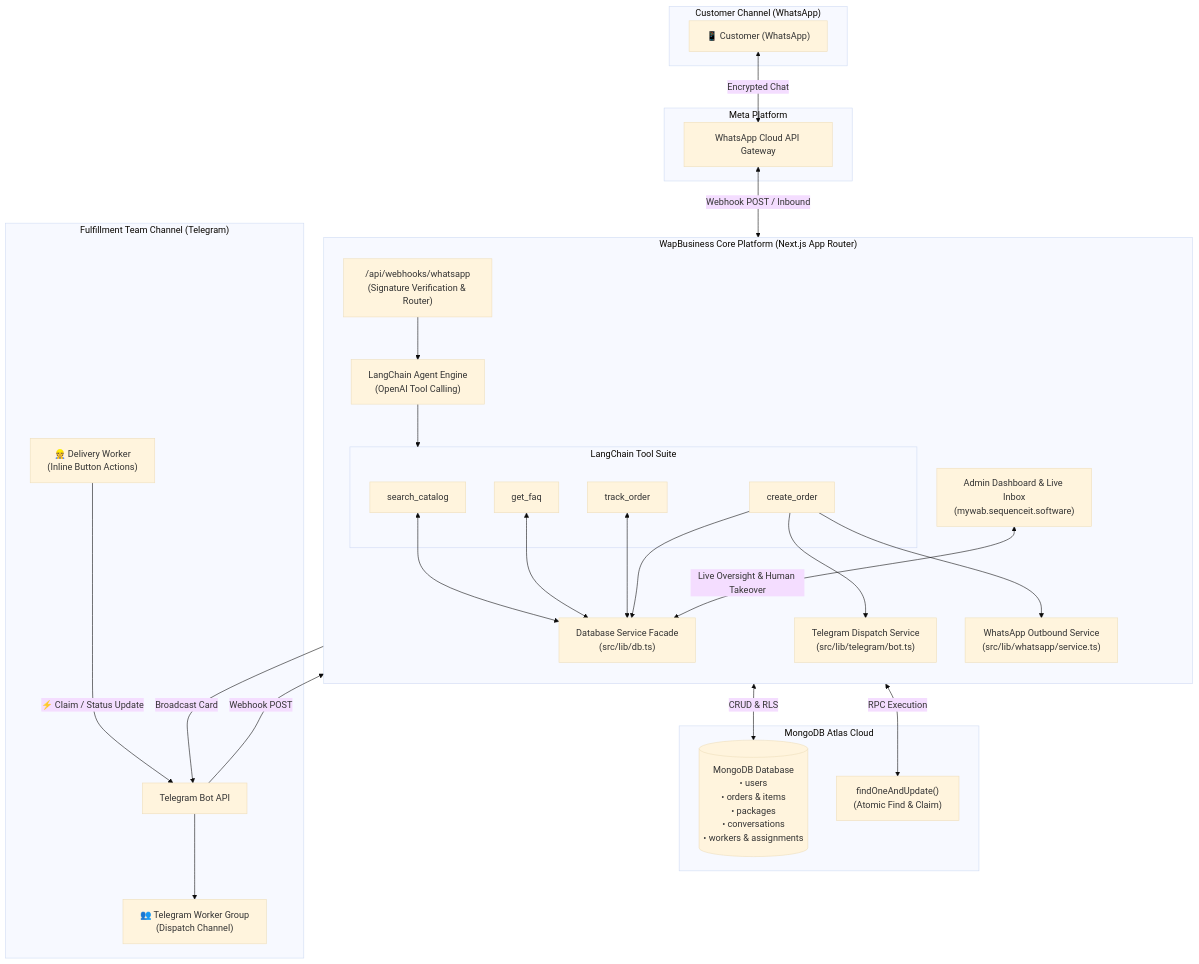
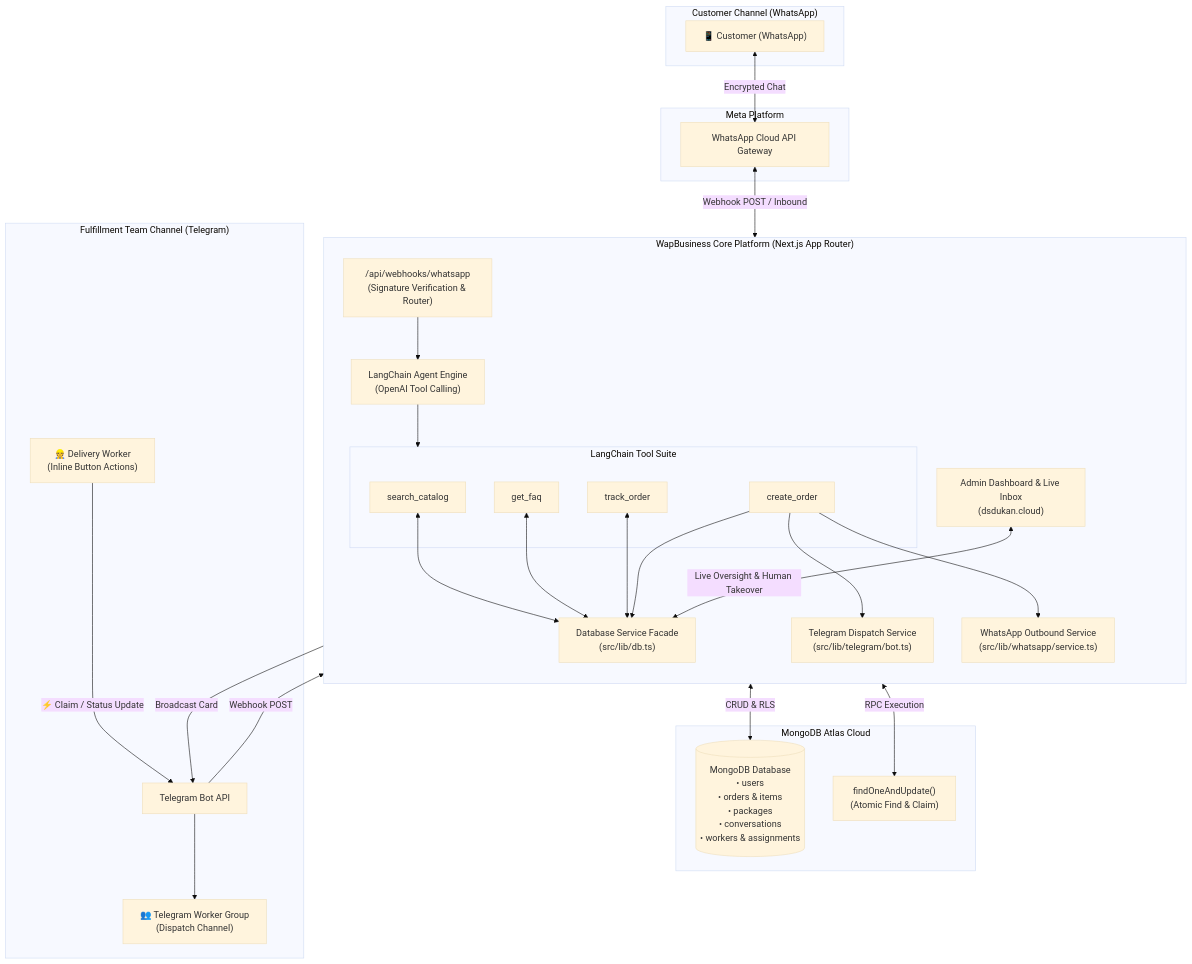
The first of 3 diagrams in README.md (sequenceit-git/mywab), drawn with Mermaid (base theme) before and after one commit. The commit also changed other lines of this file and 8 other files, not shown here.

First line of the commit message:
chore: switch production domain to dsdukan.cloud

````diff
--- a/README.md
+++ b/README.md
@@ -27,58 +27,58 @@
 ```mermaid
 flowchart TD
     subgraph Customers["Customer Channel (WhatsApp)"]
         User["📱 Customer (WhatsApp)"]
     end
 
     subgraph MetaCloud["Meta Platform"]
         WA_API["WhatsApp Cloud API Gateway"]
     end
 
     subgraph CoreEngine["WapBusiness Core Platform (Next.js App Router)"]
         direction TB
         WH_Route["/api/webhooks/whatsapp\n(Signature Verification & Router)"]
         AI_Agent["LangChain Agent Engine\n(OpenAI Tool Calling)"]
         
         subgraph Tools["LangChain Tool Suite"]
             T_Cat["search_catalog"]
             T_FAQ["get_faq"]
             T_Order["create_order"]
             T_Track["track_order"]
         end
 
         DB_Service["Database Service Facade\n(src/lib/db.ts)"]
         TG_Service["Telegram Dispatch Service\n(src/lib/telegram/bot.ts)"]
         WA_Service["WhatsApp Outbound Service\n(src/lib/whatsapp/service.ts)"]
-        Admin_Panel["Admin Dashboard & Live Inbox\n(mywab.sequenceit.software)"]
+        Admin_Panel["Admin Dashboard & Live Inbox\n(dsdukan.cloud)"]
     end
 
     subgraph Database["MongoDB Atlas Cloud"]
         SQL_DB[("MongoDB Database\n• users\n• orders & items\n• packages\n• conversations\n• workers & assignments")]
         Atomic_Proc["findOneAndUpdate()\n(Atomic Find & Claim)"]
     end
 
     subgraph Workers["Fulfillment Team Channel (Telegram)"]
         TG_API["Telegram Bot API"]
         TG_Group["👥 Telegram Worker Group\n(Dispatch Channel)"]
         Worker_App["👷 Delivery Worker\n(Inline Button Actions)"]
     end
 
     User <-->|Encrypted Chat| WA_API
     WA_API <-->|Webhook POST / Inbound| WH_Route
     WH_Route --> AI_Agent
     AI_Agent --> Tools
     T_Cat & T_FAQ & T_Track <--> DB_Service
     T_Order --> DB_Service
     T_Order --> TG_Service
     T_Order --> WA_Service
     
     DB_Service <-->|CRUD & RLS| SQL_DB
     DB_Service <-->|RPC Execution| Atomic_Proc
     
     TG_Service -->|Broadcast Card| TG_API
     TG_API --> TG_Group
     Worker_App -->|⚡ Claim / Status Update| TG_API
     TG_API -->|Webhook POST| WH_Route
     
     Admin_Panel <-->|Live Oversight & Human Takeover| DB_Service
 ```
````
